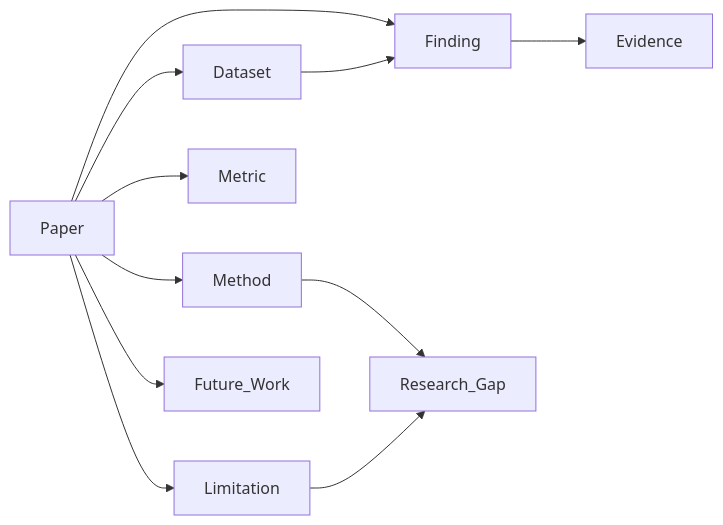
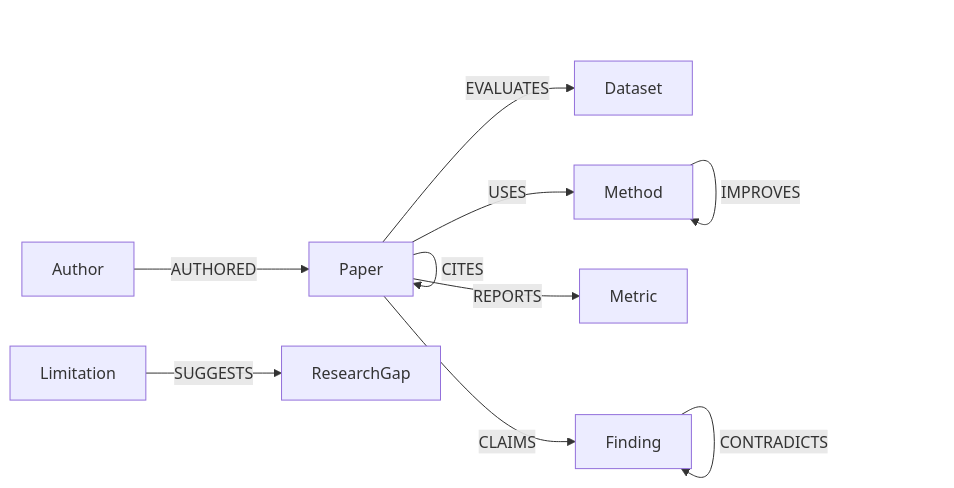
Before and after one commit to farahalmujaljel/Burhan: the second of 2 diagrams in README.md, drawn with Mermaid. The commit also changed other lines of this file and 9 other files, not shown here.

First line of the commit message:
Add comprehensive documentation for Burhan's architecture, methodology, and competitive analysis

````diff
--- a/README.md
+++ b/README.md
@@ -133,15 +121,13 @@
 ```mermaid
 graph LR
-
-    Paper --> Method
-    Paper --> Dataset
-    Paper --> Metric
-    Paper --> Finding
-    Paper --> Limitation
-    Paper --> Future_Work
-
-    Method --> Research_Gap
-    Dataset --> Finding
-    Finding --> Evidence
-    Limitation --> Research_Gap
+    Paper -->|USES| Method
+    Paper -->|EVALUATES| Dataset
+    Method -->|COMPARES| Method
+    Paper -->|CITES| Paper
+    Method -->|IMPROVES| Method
+    Finding -->|CONTRADICTS| Finding
+    Limitation -->|SUGGESTS| ResearchGap
+    Author -->|AUTHORED| Paper
+    Paper -->|REPORTS| Metric
+    Paper -->|CLAIMS| Finding
 ```
````
